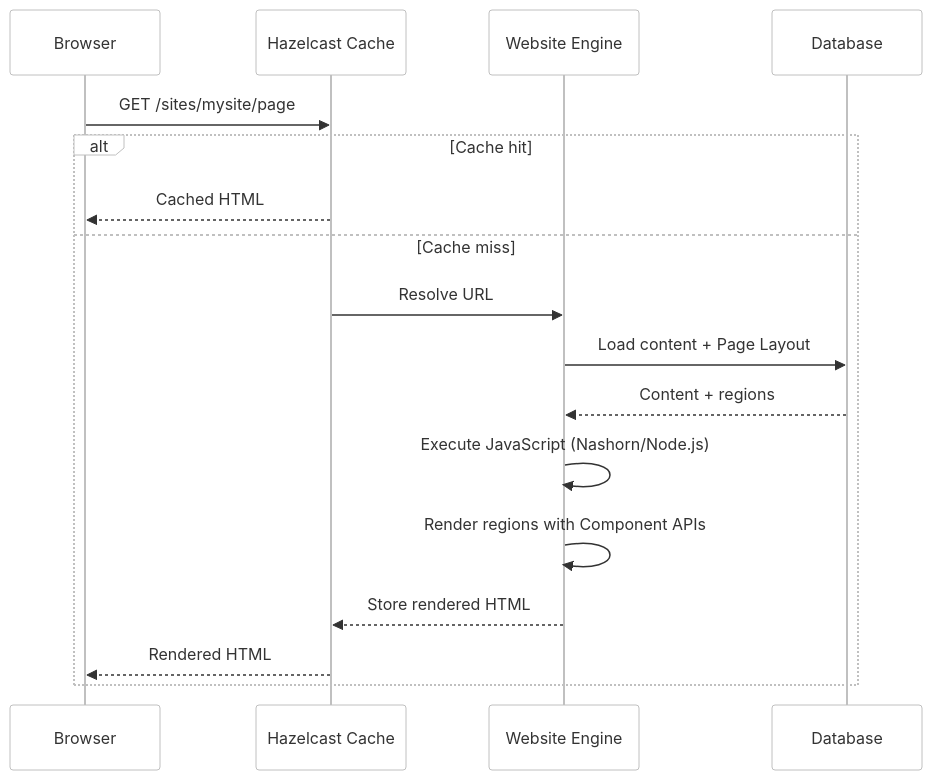
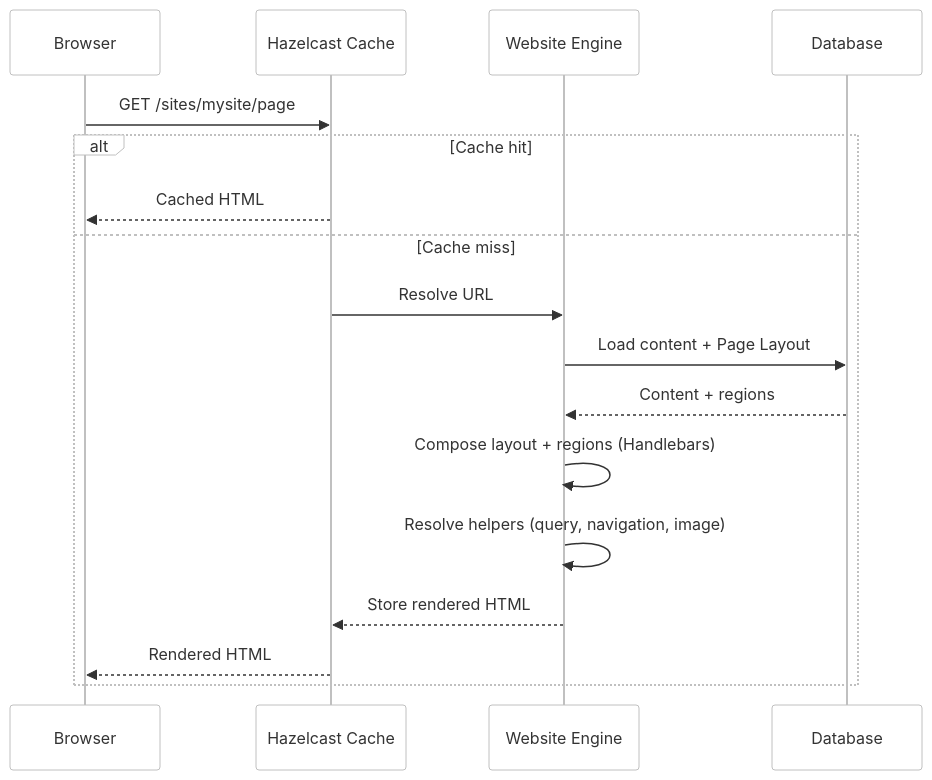
The second of 3 diagrams in docs-shio/architecture-overview.md (openviglet/docs), drawn with Mermaid before and after one commit. The commit also changed other lines of this file and 7 other files, not shown here.

First line of the commit message:
docs(shio): the rendering story is Handlebars over page, layout and region, and five pages stop teaching a dead engine (SH483)

````diff
--- a/docs-shio/architecture-overview.md
+++ b/docs-shio/architecture-overview.md
@@ -110,21 +110,21 @@
 ```mermaid
 %%{init: {'theme': 'base', 'themeVariables': {'fontSize': '13px', 'primaryColor': '#fff', 'primaryBorderColor': '#c0c0c0', 'lineColor': '#888', 'textColor': '#333'}}}%%
 sequenceDiagram
     participant Browser
     participant Cache as Hazelcast Cache
     participant Engine as Website Engine
     participant DB as Database
 
     Browser->>Cache: GET /sites/mysite/page
     alt Cache hit
         Cache-->>Browser: Cached HTML
     else Cache miss
         Cache->>Engine: Resolve URL
         Engine->>DB: Load content + Page Layout
         DB-->>Engine: Content + regions
-        Engine->>Engine: Execute JavaScript (Nashorn/Node.js)
-        Engine->>Engine: Render regions with Component APIs
+        Engine->>Engine: Compose layout + regions (Handlebars)
+        Engine->>Engine: Resolve helpers (query, navigation, image)
         Engine-->>Cache: Store rendered HTML
         Cache-->>Browser: Rendered HTML
     end
 ```
````
